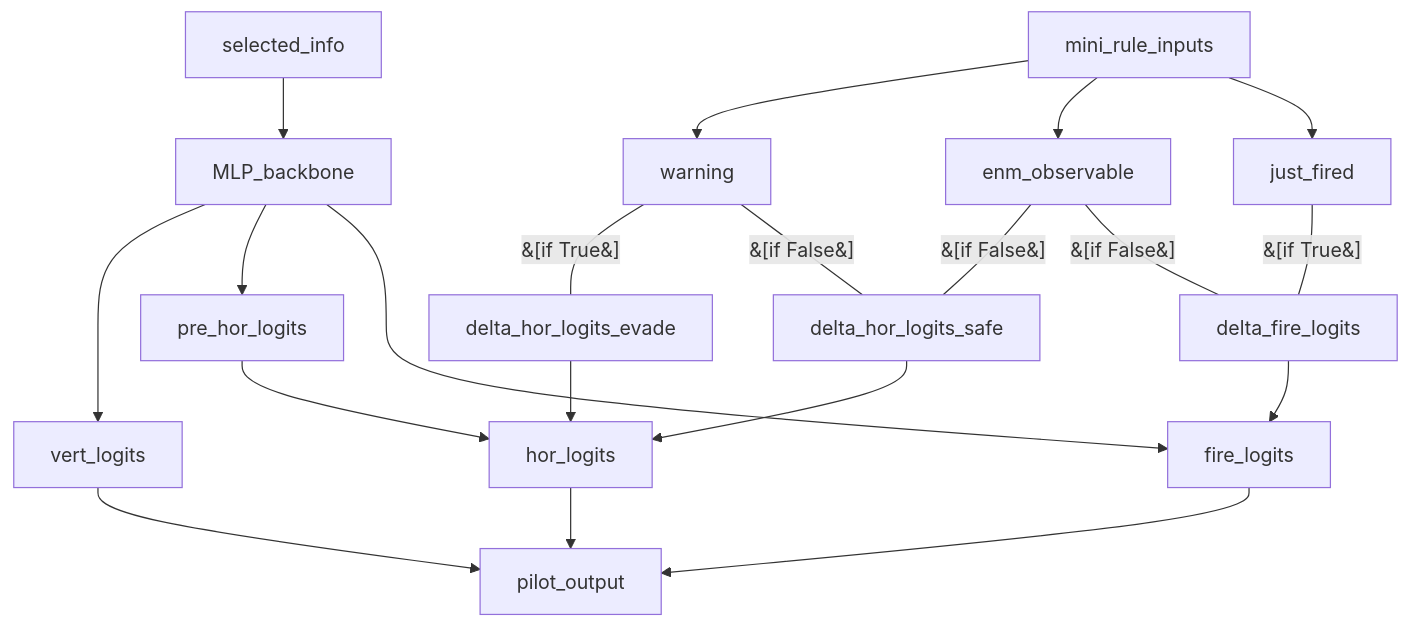
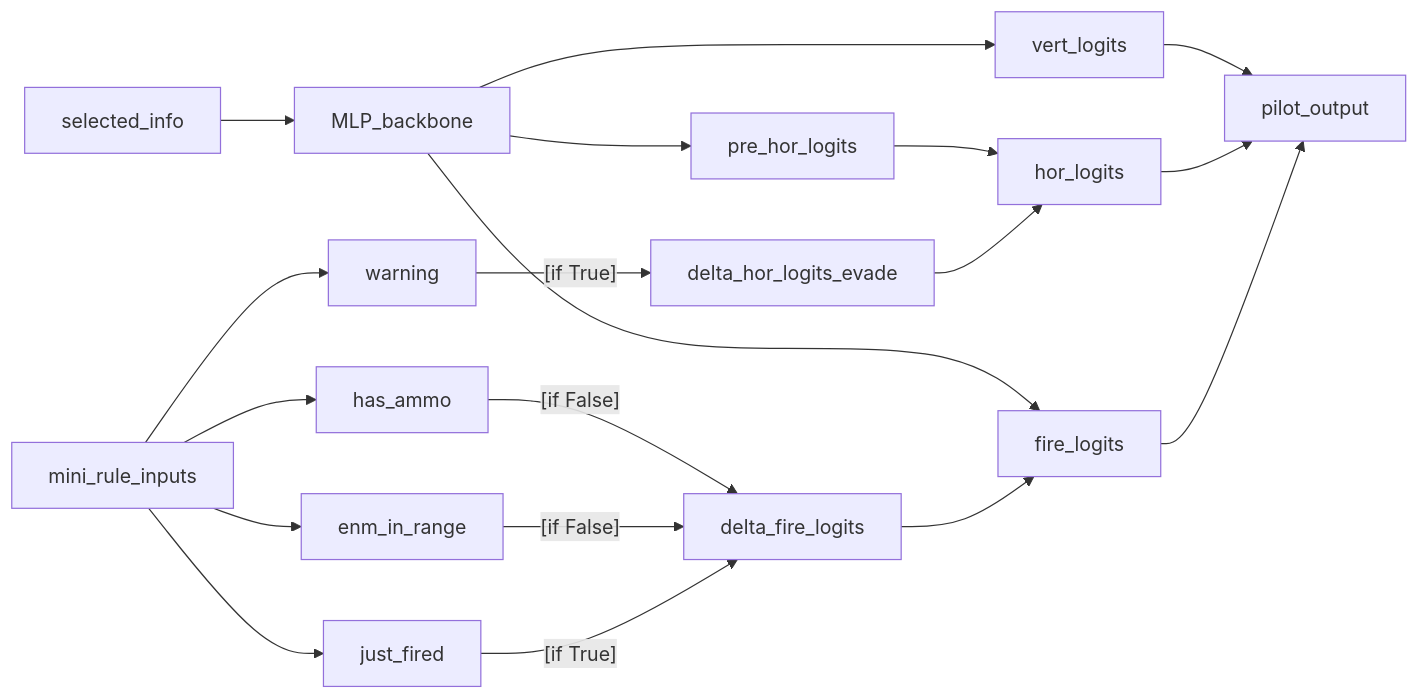
Before and after one commit to Notimetimer/project04_multi_fire_and_dodge_missile: the diagram in 设计图/pilot内部设计图.mmd, drawn with Mermaid. The commit also changed 3 other files, not shown here.

```diff
--- a/设计图/pilot内部设计图.mmd
+++ b/设计图/pilot内部设计图.mmd
@@ -1,49 +1,20 @@
-flowchart TB
-    selected_info[selected_info]
-    MLP_backbone[MLP_backbone]
-    mini_rule_inputs[mini_rule_inputs]
-    warning[warning]
-    enm_observable[enm_observable]
-    just_fired[just_fired]
-    vert_logits[vert_logits]
-    pre_hor_logits[pre_hor_logits]
-    delta_hor_logits_evade[delta_hor_logits_evade]
-    delta_hor_logits_safe[delta_hor_logits_safe]
-    hor_logits[hor_logits]
-    fire_logits[fire_logits]
-    pilot_output[pilot_output]
-    delta_fire_logits[delta_fire_logits]
+
+flowchart LR
     selected_info --> MLP_backbone
     mini_rule_inputs --> warning
-    mini_rule_inputs --> enm_observable
+    mini_rule_inputs --> enm_in_range
     mini_rule_inputs --> just_fired
+    mini_rule_inputs --> has_ammo
+    has_ammo --[if False]-->delta_fire_logits
     MLP_backbone --> vert_logits
     MLP_backbone --> pre_hor_logits
-    warning ---|&#91;if True&#93;| delta_hor_logits_evade
-    warning ---|&#91;if False&#93;| delta_hor_logits_safe
-    enm_observable ---|&#91;if False&#93;| delta_hor_logits_safe
+    warning --[if True]--> delta_hor_logits_evade
     pre_hor_logits --> hor_logits
     delta_hor_logits_evade --> hor_logits
-    delta_hor_logits_safe --> hor_logits
     MLP_backbone --> fire_logits
     vert_logits --> pilot_output
     hor_logits --> pilot_output
     fire_logits --> pilot_output
-    enm_observable ---|&#91;if False&#93;| delta_fire_logits
-    just_fired ---|&#91;if True&#93;| delta_fire_logits
+    enm_in_range --[if False]--> delta_fire_logits
+    just_fired --[if True]--> delta_fire_logits
     delta_fire_logits --> fire_logits
-%% MermaidEditor FreeView
-%% pos:selected_info:11,131
-%% pos:MLP_backbone:238,131
-%% pos:mini_rule_inputs:0,385
-%% pos:warning:242,263
-%% pos:enm_observable:234,351
-%% pos:just_fired:240,440
-%% pos:vert_logits:680,50
-%% pos:pre_hor_logits:482,124
-%% pos:delta_hor_logits_evade:473,221
-%% pos:delta_hor_logits_safe:470,308
-%% pos:hor_logits:682,221
-%% pos:fire_logits:683,367
-%% pos:pilot_output:915,221
-%% pos:delta_fire_logits:487,438
```
